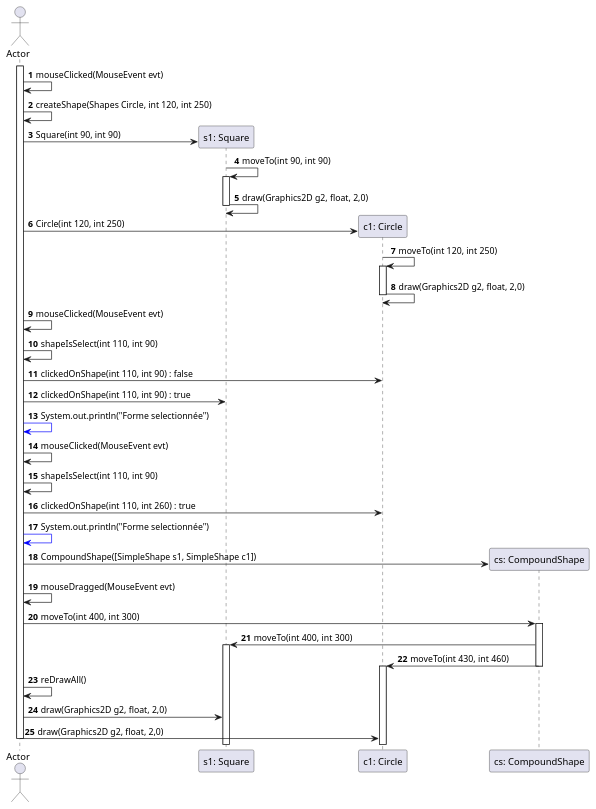
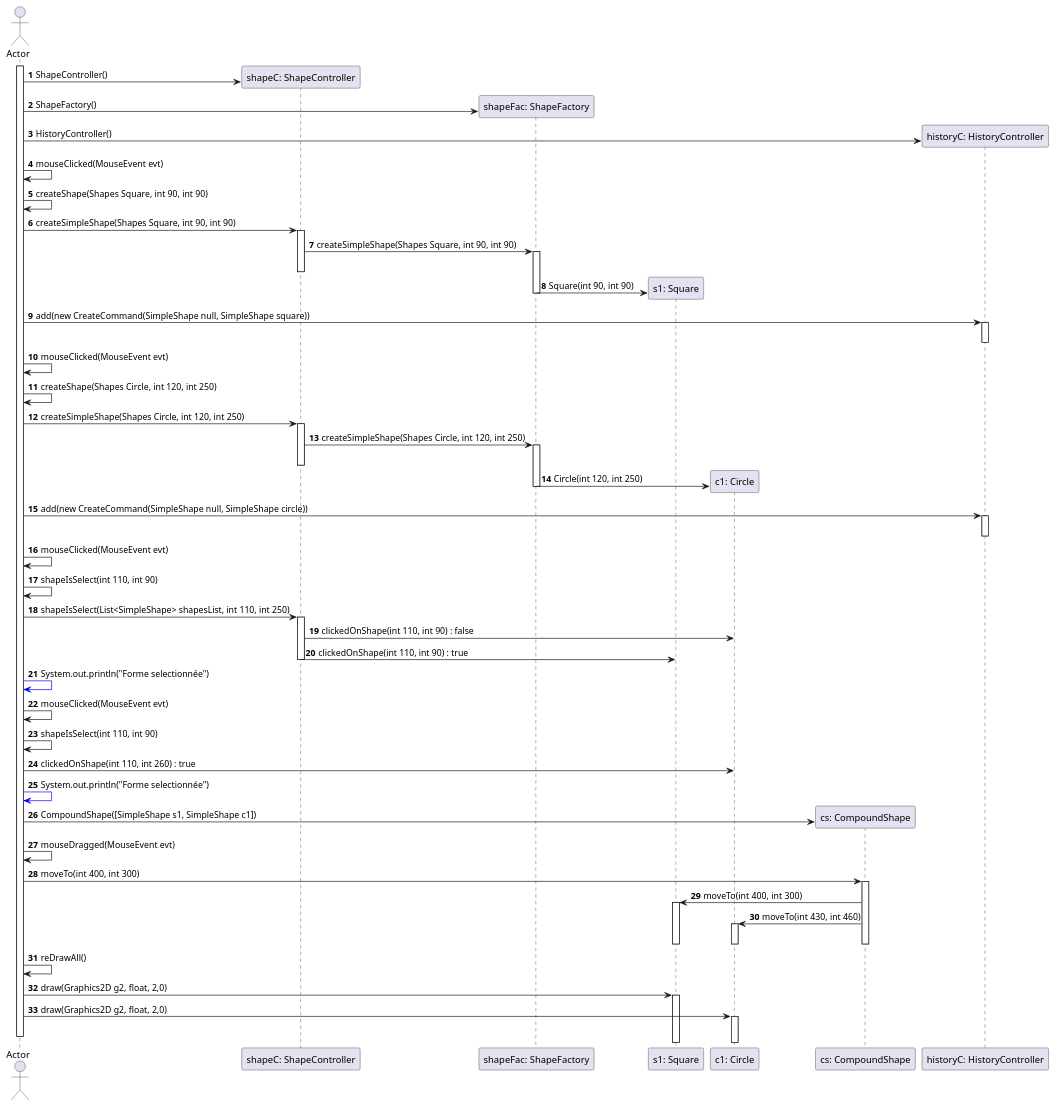
The diagram in Diagrammes/Diagram_sequence.puml (Jerome-GBZ/Projet-Patron-de-conception), drawn with PlantUML before and after one commit. The commit also changed 2 other files, not shown here.

```diff
--- a/Diagrammes/Diagram_sequence.puml
+++ b/Diagrammes/Diagram_sequence.puml
@@ -1,49 +1,69 @@
 @startuml
 
 autonumber
 
 actor Actor as JDrawingFrame
+participant "shapeC: ShapeController" as shapeController
+participant "shapeFac: ShapeFactory" as shapeFac
 participant "s1: Square" as Square
 participant "c1: Circle" as Circle
 participant "cs: CompoundShape" as CompoundShape
+participant "historyC: HistoryController" as histController
 
 activate JDrawingFrame
+JDrawingFrame -> shapeController ** : ShapeController()
+JDrawingFrame -> shapeFac ** : ShapeFactory()
+JDrawingFrame -> histController ** : HistoryController()
+
+JDrawingFrame -> JDrawingFrame : mouseClicked(MouseEvent evt)
+JDrawingFrame -> JDrawingFrame : createShape(Shapes Square, int 90, int 90)
+JDrawingFrame -> shapeController ++ : createSimpleShape(Shapes Square, int 90, int 90)
+shapeController -> shapeFac ++-- : createSimpleShape(Shapes Square, int 90, int 90)
+shapeFac -> Square ** : Square(int 90, int 90)
+deactivate shapeFac
+
+JDrawingFrame -> histController ++ : add(new CreateCommand(SimpleShape null, SimpleShape square))
+deactivate histController
+
 JDrawingFrame -> JDrawingFrame : mouseClicked(MouseEvent evt)
 JDrawingFrame -> JDrawingFrame : createShape(Shapes Circle, int 120, int 250)
+JDrawingFrame -> shapeController ++ : createSimpleShape(Shapes Circle, int 120, int 250)
+shapeController -> shapeFac ++-- : createSimpleShape(Shapes Circle, int 120, int 250)
+shapeFac -> Circle ** : Circle(int 120, int 250)
+deactivate shapeFac
 
-JDrawingFrame -> Square ** : Square(int 90, int 90)
-Square -> Square ++ : moveTo(int 90, int 90)
-Square -> Square -- : draw(Graphics2D g2, float, 2,0)
-
-JDrawingFrame -> Circle ** : Circle(int 120, int 250)
-Circle -> Circle ++ : moveTo(int 120, int 250)
-Circle -> Circle -- : draw(Graphics2D g2, float, 2,0)
+JDrawingFrame -> histController ++ : add(new CreateCommand(SimpleShape null, SimpleShape circle))
+deactivate histController
 
 JDrawingFrame -> JDrawingFrame : mouseClicked(MouseEvent evt)
 JDrawingFrame -> JDrawingFrame : shapeIsSelect(int 110, int 90)
-JDrawingFrame -> Circle : clickedOnShape(int 110, int 90) : false
-JDrawingFrame -> Square : clickedOnShape(int 110, int 90) : true
+JDrawingFrame -> shapeController ++ : shapeIsSelect(List<SimpleShape> shapesList, int 110, int 250)
+shapeController -> Circle : clickedOnShape(int 110, int 90) : false
+shapeController -> Square -- : clickedOnShape(int 110, int 90) : true
+
 JDrawingFrame -[#0000FF]> JDrawingFrame : System.out.println("Forme selectionnée")
 
 JDrawingFrame -> JDrawingFrame : mouseClicked(MouseEvent evt)
 JDrawingFrame -> JDrawingFrame : shapeIsSelect(int 110, int 90)
 JDrawingFrame -> Circle : clickedOnShape(int 110, int 260) : true
 JDrawingFrame -[#0000FF]> JDrawingFrame : System.out.println("Forme selectionnée")
 
 JDrawingFrame -> CompoundShape ** : CompoundShape([SimpleShape s1, SimpleShape c1])
 
 JDrawingFrame -> JDrawingFrame : mouseDragged(MouseEvent evt)
 JDrawingFrame -> CompoundShape ++ : moveTo(int 400, int 300)
 CompoundShape -> Square ++ : moveTo(int 400, int 300)
-CompoundShape -> Circle --++ : moveTo(int 430, int 460)
+CompoundShape -> Circle ++-- : moveTo(int 430, int 460)
+deactivate Square
+deactivate Circle
 
 JDrawingFrame -> JDrawingFrame : reDrawAll()
-JDrawingFrame -> Square : draw(Graphics2D g2, float, 2,0)
-JDrawingFrame -> Circle : draw(Graphics2D g2, float, 2,0)
+JDrawingFrame -> Square ++ : draw(Graphics2D g2, float, 2,0)
+JDrawingFrame -> Circle ++ : draw(Graphics2D g2, float, 2,0)
 
 ' Objectif de ce diagram :
 ' On a déjà notre frame diponible
 ' On va ajouter une forme Circle + Triangle que l'on va grouper puis déplacer
 
 deactivate JDrawingFrame
 @enduml
```
